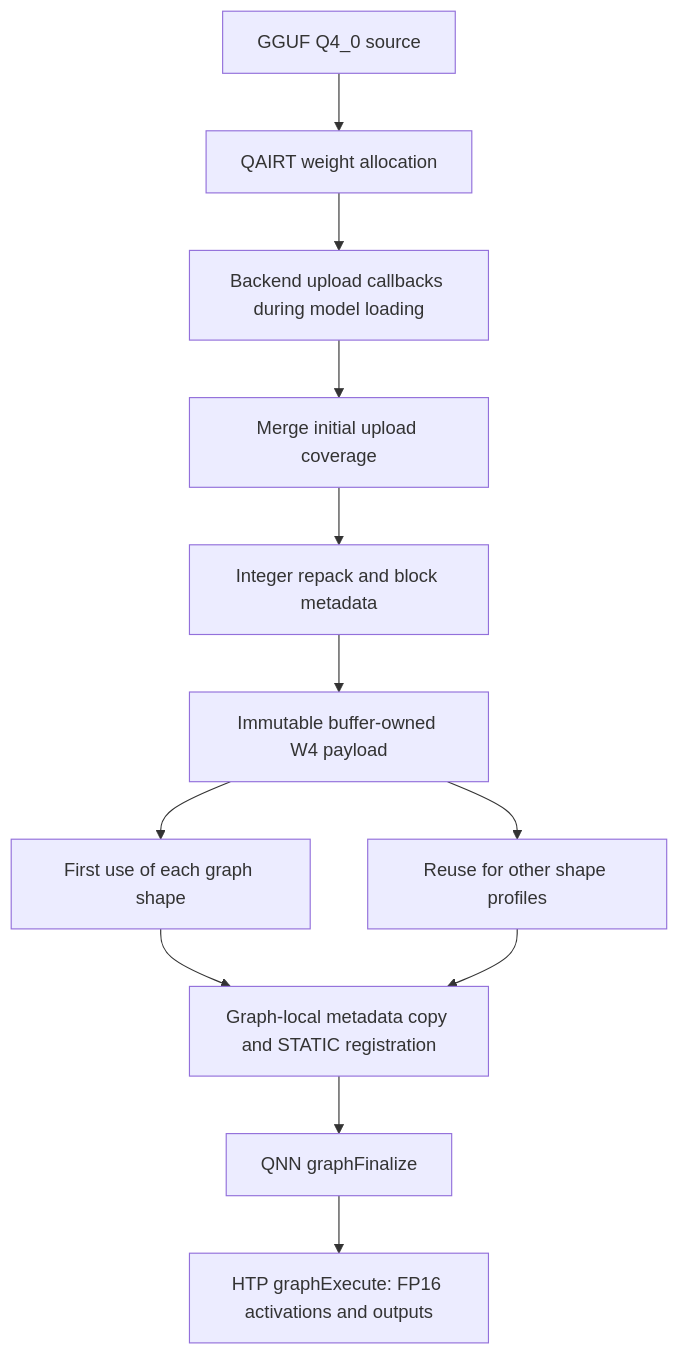
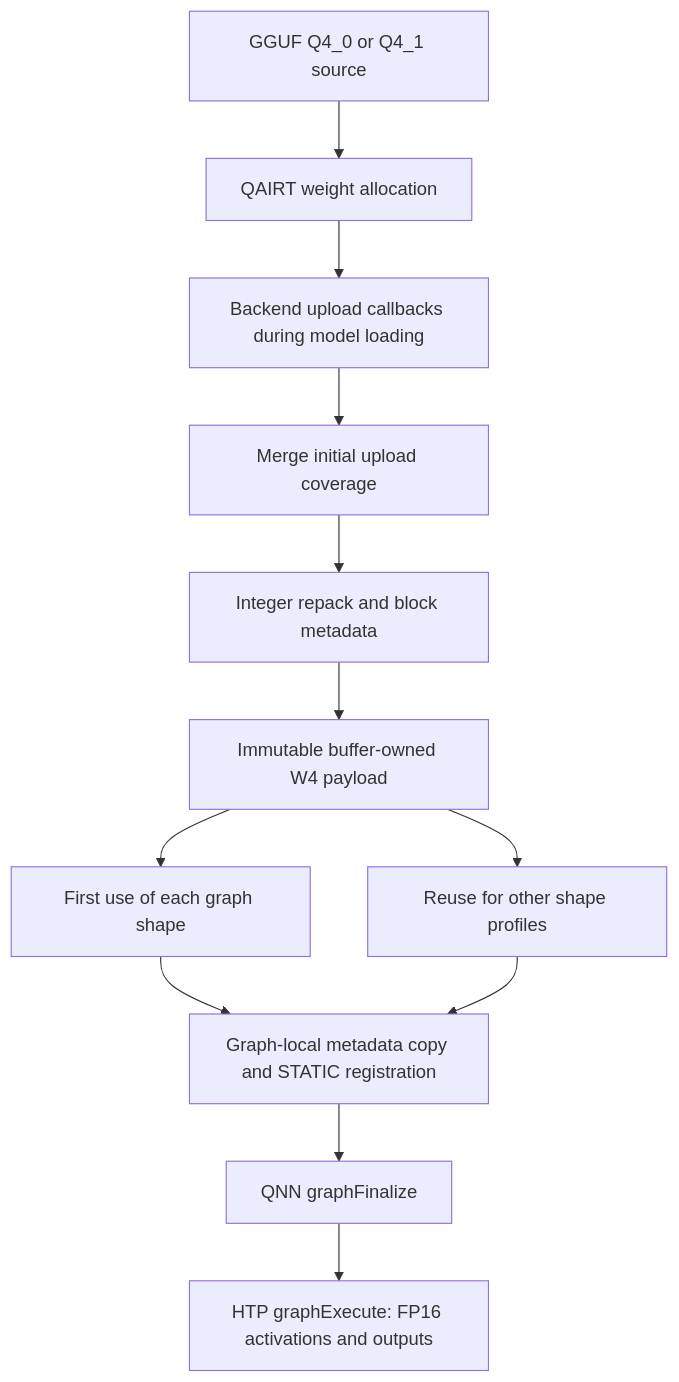
Before and after one commit to OferRosenberg/llama.cpp: the first of 2 diagrams in docs/backend/QAIRT-w4fp16.md, drawn with Mermaid. The commit also changed other lines of this file and 23 other files, not shown here.

````diff
--- a/docs/backend/QAIRT-w4fp16.md
+++ b/docs/backend/QAIRT-w4fp16.md
@@ -56,14 +66,14 @@
 ```mermaid
 flowchart TD
-    A[GGUF Q4_0 source] --> B[QAIRT weight allocation]
+    A[GGUF Q4_0 or Q4_1 source] --> B[QAIRT weight allocation]
     B --> C[Backend upload callbacks during model loading]
     C --> D[Merge initial upload coverage]
     D --> E[Integer repack and block metadata]
     E --> F[Immutable buffer-owned W4 payload]
     F --> G[First use of each graph shape]
     G --> H[Graph-local metadata copy and STATIC registration]
     H --> I[QNN graphFinalize]
     I --> J[HTP graphExecute: FP16 activations and outputs]
     F --> K[Reuse for other shape profiles]
     K --> H
 ```
````
